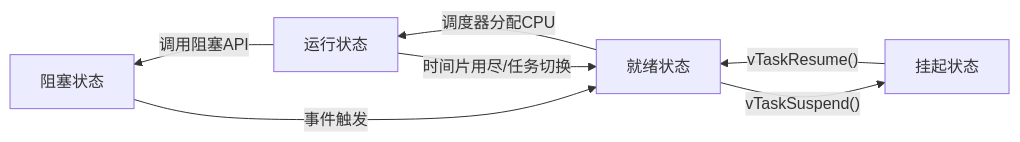
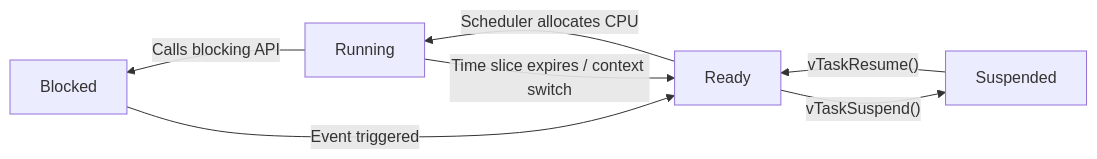
Before and after one commit to hahahah6/hahahah6.github.io: the diagram in _posts/2025-11-17-freertos-studynotes.md, drawn with Mermaid. The commit also changed other lines of this file and 1 other file, not shown here.

````diff
--- a/_posts/2025-11-17-freertos-studynotes.md
+++ b/_posts/2025-11-17-freertos-studynotes.md
@@ -18,9 +8,9 @@
 ```mermaid
 graph RL
-    A[挂起状态] -- "vTaskResume()" --> B[就绪状态]
-    B -- "vTaskSuspend()" --> A
-    B -- "调度器分配CPU" --> C[运行状态]
-    C -- "时间片用尽/任务切换" --> B
-    C -- "调用阻塞API" --> D[阻塞状态]
-    D -- "事件触发" --> B
+  A[Suspended] -- "vTaskResume()" --> B[Ready]
+  B -- "vTaskSuspend()" --> A
+  B -- "Scheduler allocates CPU" --> C[Running]
+  C -- "Time slice expires / context switch" --> B
+  C -- "Calls blocking API" --> D[Blocked]
+  D -- "Event triggered" --> B
 ```
````
